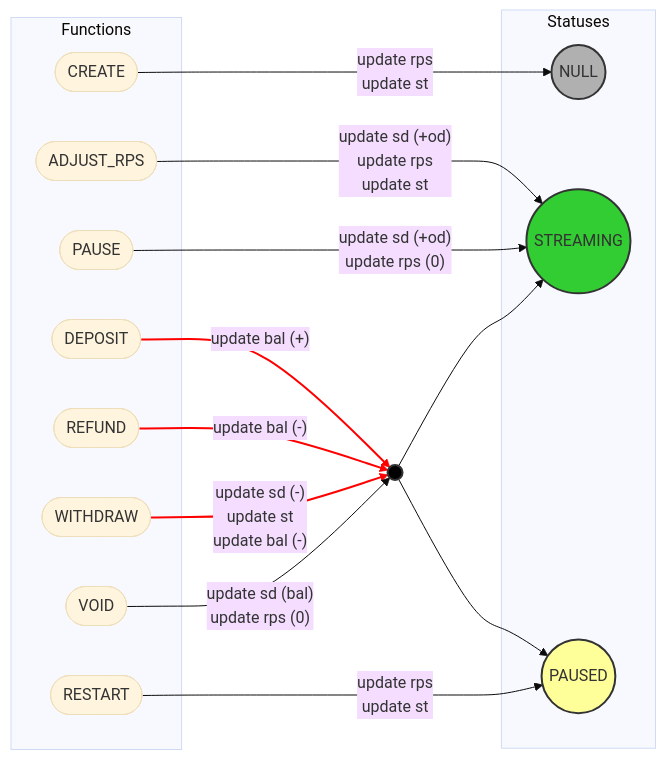
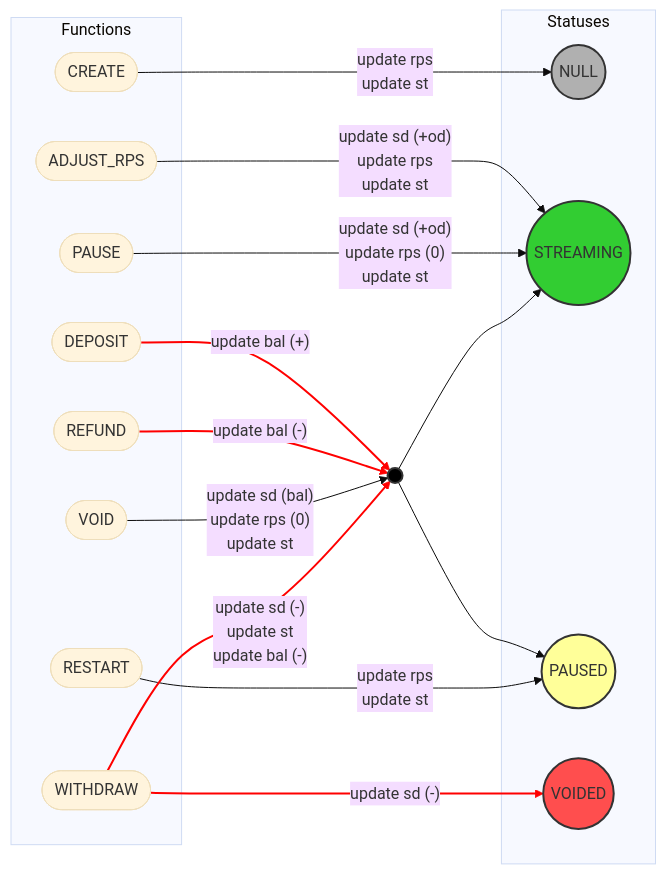
One commit to sablier-labs/flow changed the second of 8 diagrams in DIAGRAMS.md. Above: the diagram before and after it, drawn with Mermaid (base theme). The commit also changed other lines of this file and 2 other files, not shown here.

First line of the commit message:
docs(diagrams): update diagrams with voided status   (#274)

````diff
--- a/DIAGRAMS.md
+++ b/DIAGRAMS.md
@@ -77,46 +81,50 @@
 ```mermaid
 flowchart LR
     subgraph Statuses
         NULL((NULL)):::grey
         STR((STREAMING)):::green
         PSED((PAUSED)):::yellow
+        VOID((VOIDED)):::red
     end
-
 
     subgraph Functions
         CR([CREATE])
         ADJRPS([ADJUST_RPS])
         DP([DEPOSIT])
+        RFD([REFUND])
+        PS([PAUSE])
+        RST([RESTART])
+        VD([VOID])
         WTD([WITHDRAW])
-        RFD([REFUND])
-        RST([RESTART])
-        PS([PAUSE])
-        VD([VOID])
     end
 
     BOTH((  )):::black
 
+
+    classDef black fill:#000000,stroke:#333,stroke-width:2px;
+    classDef green fill:#32cd32,stroke:#333,stroke-width:2px;
     classDef grey fill:#b0b0b0,stroke:#333,stroke-width:2px;
-    classDef green fill:#32cd32,stroke:#333,stroke-width:2px;
     classDef yellow fill:#ffff99,stroke:#333,stroke-width:2px;
-    classDef black fill:#000000,stroke:#333,stroke-width:2px;
+    classDef red fill:#ff4e4e,stroke:#333,stroke-width:2px;
 
-    CR -- "update rps\nupdate st" --> NULL
-    ADJRPS -- "update sd (+od)\nupdate rps\nupdate st" -->  STR
+    CR -- "update rps<br/>update st" --> NULL
+
+    ADJRPS -- "update sd (+od)<br/>update rps<br/>update st" -->  STR
 
     DP -- "update bal (+)" --> BOTH
 
     RFD -- "update bal (-)" --> BOTH
 
-    WTD -- "update sd (-) \nupdate st\nupdate bal (-)" --> BOTH
-
-    VD -- "update sd (bal)\nupdate rps (0)" --> BOTH
-
-    PS -- "update sd (+od)\nupdate rps (0)" --> STR
+    PS -- "update sd (+od)<br/>update rps (0)<br/>update st" --> STR
 
     BOTH --> STR & PSED
 
-    RST -- "update rps \nupdate st" --> PSED
+    RST -- "update rps<br/>update st" --> PSED
 
-    linkStyle 2,3,4 stroke:#ff0000,stroke-width:2px
+    VD -- "update sd (bal)<br/>update rps (0)<br/>update st" --> BOTH
+
+    WTD -- "update sd (-)<br/>update st<br/>update bal (-)" --> BOTH
+    WTD -- "update sd (-)" --> VOID
+
+    linkStyle 2,3,9,10 stroke:#ff0000,stroke-width:2px
 ```
````
